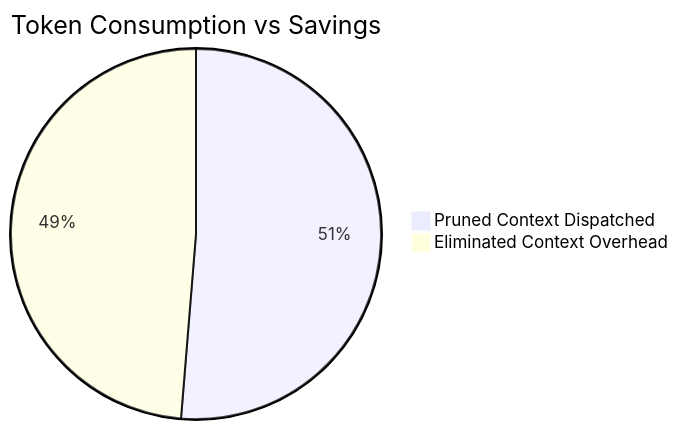
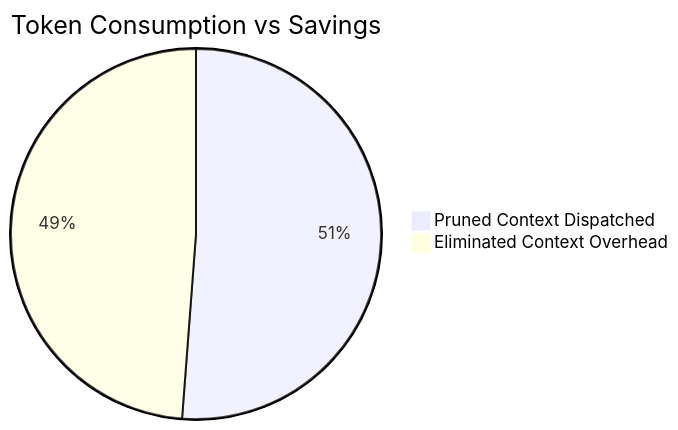
Before and after one commit to lakhwindersingh/nb_fairyfly: the diagram in workplace/docs/reports/token_savings_report.md, drawn with Mermaid. The commit also changed other lines of this file and 24 other files, not shown here.

````diff
--- a/workplace/docs/reports/token_savings_report.md
+++ b/workplace/docs/reports/token_savings_report.md
@@ -26,5 +26,5 @@
 ```mermaid
 pie title Token Consumption vs Savings
-    "Pruned Context Dispatched" : 29818645
-    "Eliminated Context Overhead" : 28318309
+    "Pruned Context Dispatched" : 30237487
+    "Eliminated Context Overhead" : 28821291
 ```
````
